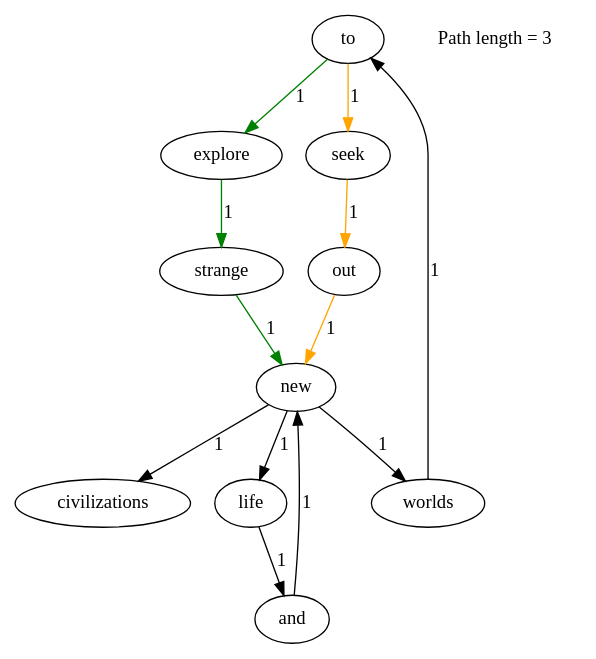
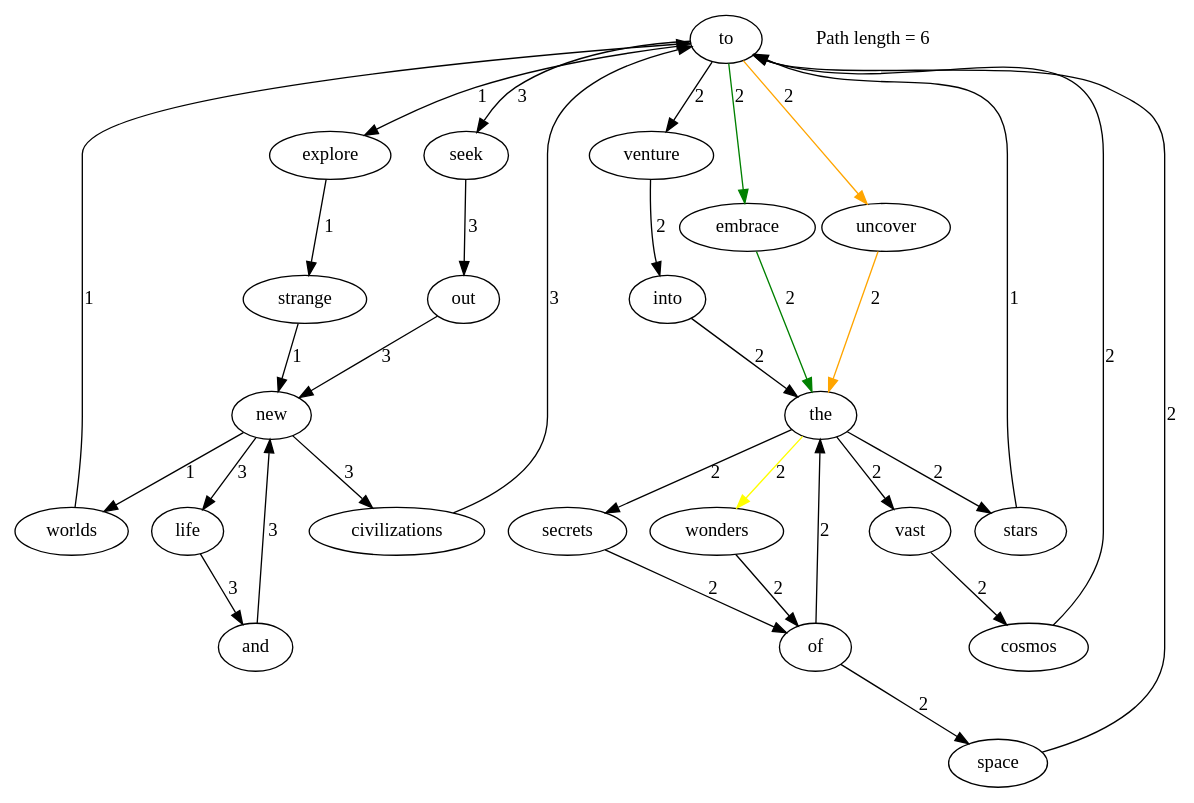
The diagram in out/text/shortest_path.dot (vic-yichen/Lab1-2021110640), drawn with Graphviz before and after one commit. The commit also changed 22 other files, not shown here.

```diff
--- a/out/text/shortest_path.dot
+++ b/out/text/shortest_path.dot
@@ -1,16 +1,36 @@
 digraph G {
     "to" [root=true];
     "new" -> "worlds" [label="1"];
-    "new" -> "civilizations" [label="1"];
-    "new" -> "life" [label="1"];
+    "new" -> "civilizations" [label="3"];
+    "new" -> "life" [label="3"];
     "worlds" -> "to" [label="1"];
-    "explore" -> "strange" [label="1", color="green"];
-    "and" -> "new" [label="1"];
-    "to" -> "explore" [label="1", color="green"];
-    "to" -> "seek" [label="1", color="orange"];
-    "seek" -> "out" [label="1", color="orange"];
-    "strange" -> "new" [label="1", color="green"];
-    "life" -> "and" [label="1"];
-    "out" -> "new" [label="1", color="orange"];
-    "Path length = 3" [label="Path length = 3", color="black", shape=none];
+    "explore" -> "strange" [label="1"];
+    "embrace" -> "the" [label="2", color="green"];
+    "cosmos" -> "to" [label="2"];
+    "uncover" -> "the" [label="2", color="orange"];
+    "stars" -> "to" [label="1"];
+    "seek" -> "out" [label="3"];
+    "secrets" -> "of" [label="2"];
+    "strange" -> "new" [label="1"];
+    "life" -> "and" [label="3"];
+    "venture" -> "into" [label="2"];
+    "space" -> "to" [label="2"];
+    "out" -> "new" [label="3"];
+    "the" -> "wonders" [label="2", color="yellow"];
+    "the" -> "vast" [label="2"];
+    "the" -> "stars" [label="2"];
+    "the" -> "secrets" [label="2"];
+    "into" -> "the" [label="2"];
+    "wonders" -> "of" [label="2"];
+    "and" -> "new" [label="3"];
+    "of" -> "the" [label="2"];
+    "of" -> "space" [label="2"];
+    "to" -> "explore" [label="1"];
+    "to" -> "embrace" [label="2", color="green"];
+    "to" -> "uncover" [label="2", color="orange"];
+    "to" -> "seek" [label="3"];
+    "to" -> "venture" [label="2"];
+    "vast" -> "cosmos" [label="2"];
+    "civilizations" -> "to" [label="3"];
+    "Path length = 6" [label="Path length = 6", color="black", shape=none];
 }
```
